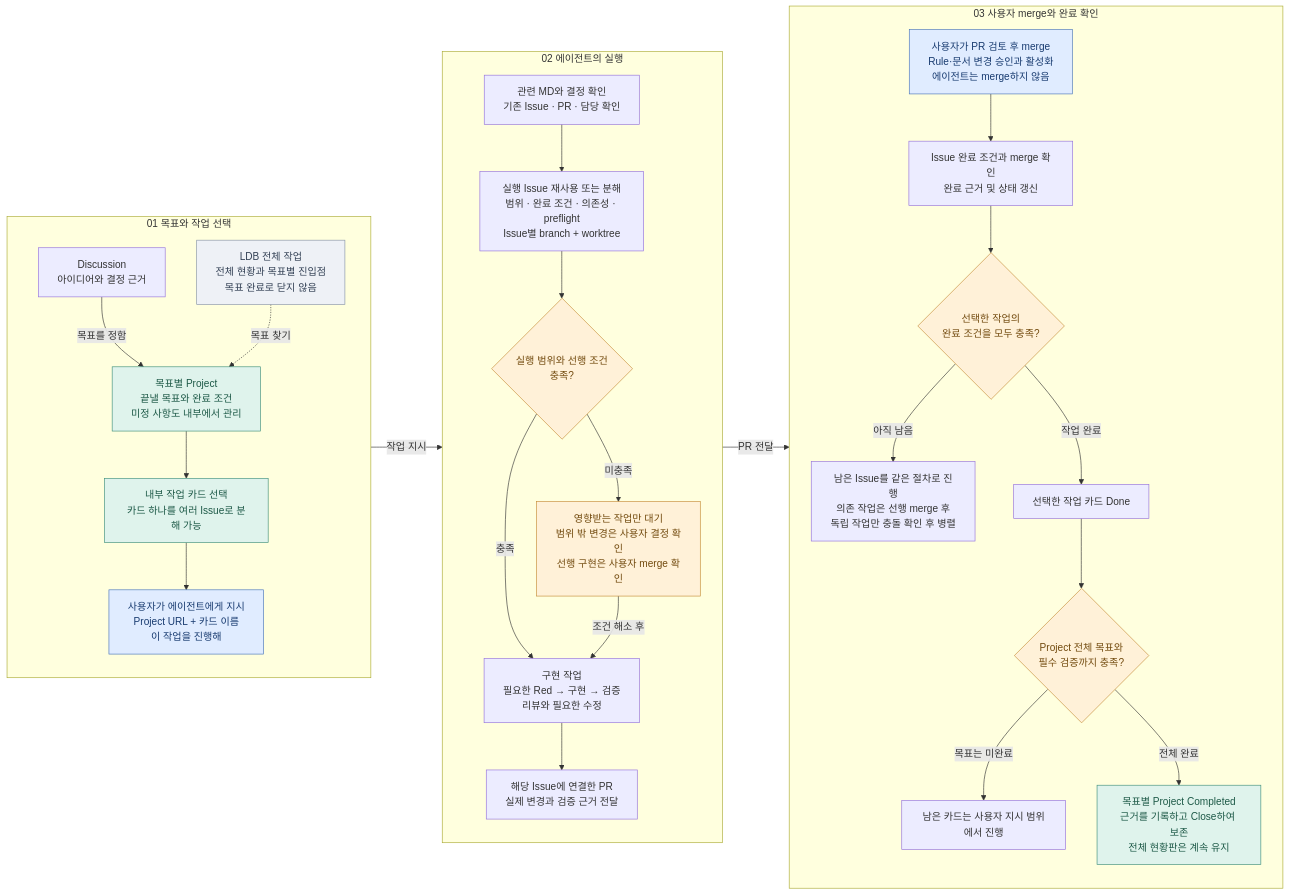
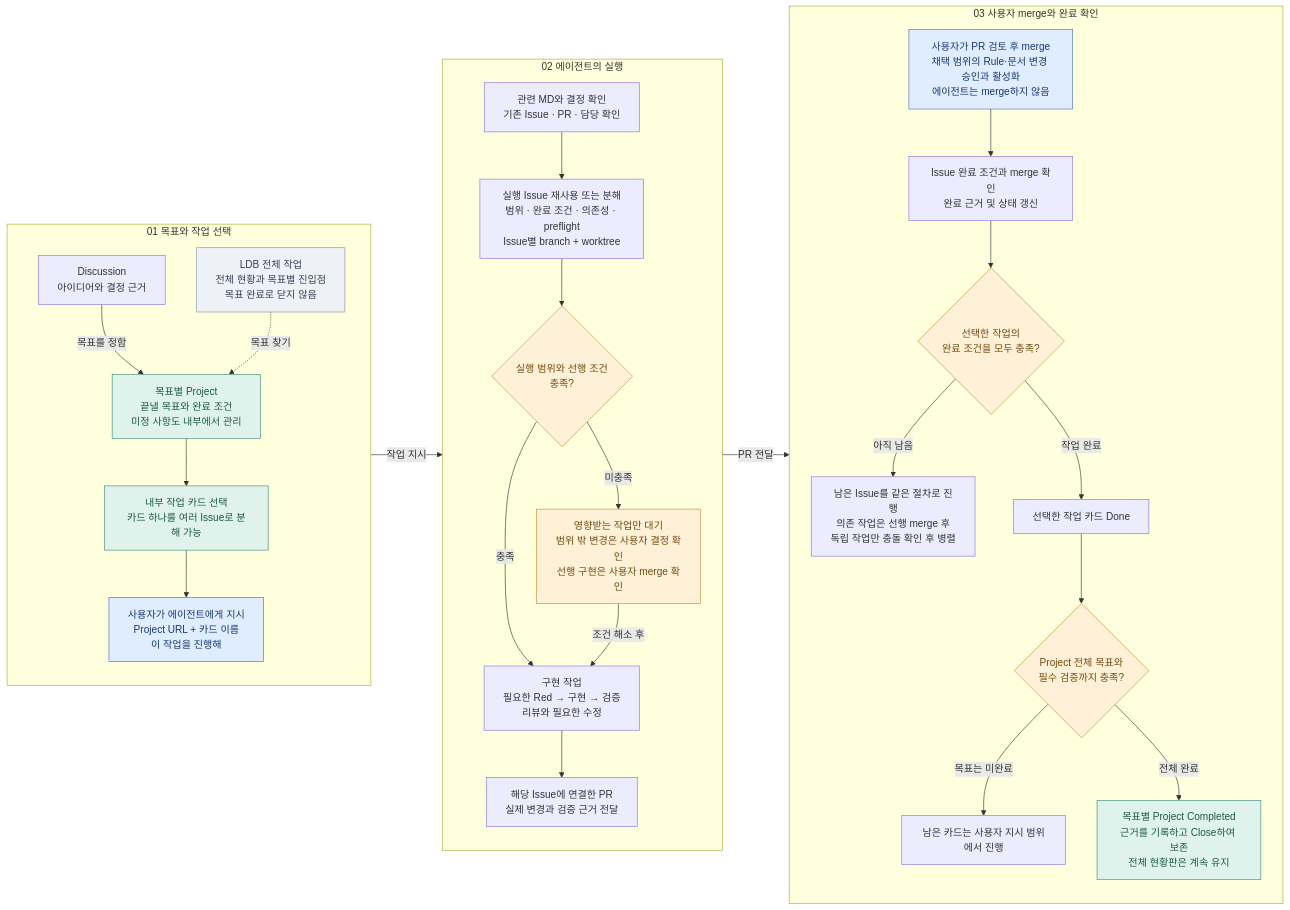
One commit to blahaj94/ldb changed the diagram in scripts/workflow.mmd. Above: the diagram before and after it, drawn with Mermaid. The commit also changed 14 other files, not shown here.

```diff
--- a/scripts/workflow.mmd
+++ b/scripts/workflow.mmd
@@ -1,55 +1,55 @@
 flowchart LR
   subgraph PLAN["01  목표와 작업 선택"]
     direction TB
     D["Discussion<br/>아이디어와 결정 근거"]
     O["LDB 전체 작업<br/>전체 현황과 목표별 진입점<br/>목표 완료로 닫지 않음"]
     P["목표별 Project<br/>끝낼 목표와 완료 조건<br/>미정 사항도 내부에서 관리"]
     T["내부 작업 카드 선택<br/>카드 하나를 여러 Issue로 분해 가능"]
     U["사용자가 에이전트에게 지시<br/>Project URL + 카드 이름<br/>이 작업을 진행해"]
     D -->|목표를 정함| P
     O -.->|목표 찾기| P
     P --> T --> U
   end
 
   subgraph EXECUTE["02  에이전트의 실행"]
     direction TB
     C["관련 MD와 결정 확인<br/>기존 Issue · PR · 담당 확인"]
     I["실행 Issue 재사용 또는 분해<br/>범위 · 완료 조건 · 의존성 · preflight<br/>Issue별 branch + worktree"]
     G{"실행 범위와 선행 조건<br/>충족?"}
     H["영향받는 작업만 대기<br/>범위 밖 변경은 사용자 결정 확인<br/>선행 구현은 사용자 merge 확인"]
     W["구현 작업<br/>필요한 Red → 구현 → 검증<br/>리뷰와 필요한 수정"]
     R["해당 Issue에 연결한 PR<br/>실제 변경과 검증 근거 전달"]
     C --> I --> G
     G -->|충족| W --> R
     G -->|미충족| H
     H -->|조건 해소 후| W
   end
 
   subgraph FINISH["03  사용자 merge와 완료 확인"]
     direction TB
-    M["사용자가 PR 검토 후 merge<br/>Rule·문서 변경 승인과 활성화<br/>에이전트는 merge하지 않음"]
+    M["사용자가 PR 검토 후 merge<br/>채택 범위의 Rule·문서 변경 승인과 활성화<br/>에이전트는 merge하지 않음"]
     E["Issue 완료 조건과 merge 확인<br/>완료 근거 및 상태 갱신"]
     Q{"선택한 작업의<br/>완료 조건을 모두 충족?"}
     N["남은 Issue를 같은 절차로 진행<br/>의존 작업은 선행 merge 후<br/>독립 작업만 충돌 확인 후 병렬"]
     F{"Project 전체 목표와<br/>필수 검증까지 충족?"}
     A["선택한 작업 카드 Done"]
     B["남은 카드는 사용자 지시 범위에서 진행"]
     Z["목표별 Project Completed<br/>근거를 기록하고 Close하여 보존<br/>전체 현황판은 계속 유지"]
     M --> E --> Q
     Q -->|아직 남음| N
     Q -->|작업 완료| A --> F
     F -->|목표는 미완료| B
     F -->|전체 완료| Z
   end
 
   PLAN -->|작업 지시| EXECUTE
   EXECUTE -->|PR 전달| FINISH
 
   classDef human fill:#e0ecff,stroke:#4673b8,color:#183b70
   classDef goal fill:#dff3ec,stroke:#3d8e79,color:#1d5947
   classDef caution fill:#fff1d8,stroke:#c48b35,color:#724a0e
   classDef overview fill:#eef1f6,stroke:#8592a6,color:#334155
   class U,M human
   class P,T,Z goal
   class G,H,Q,F caution
   class O overview
```
